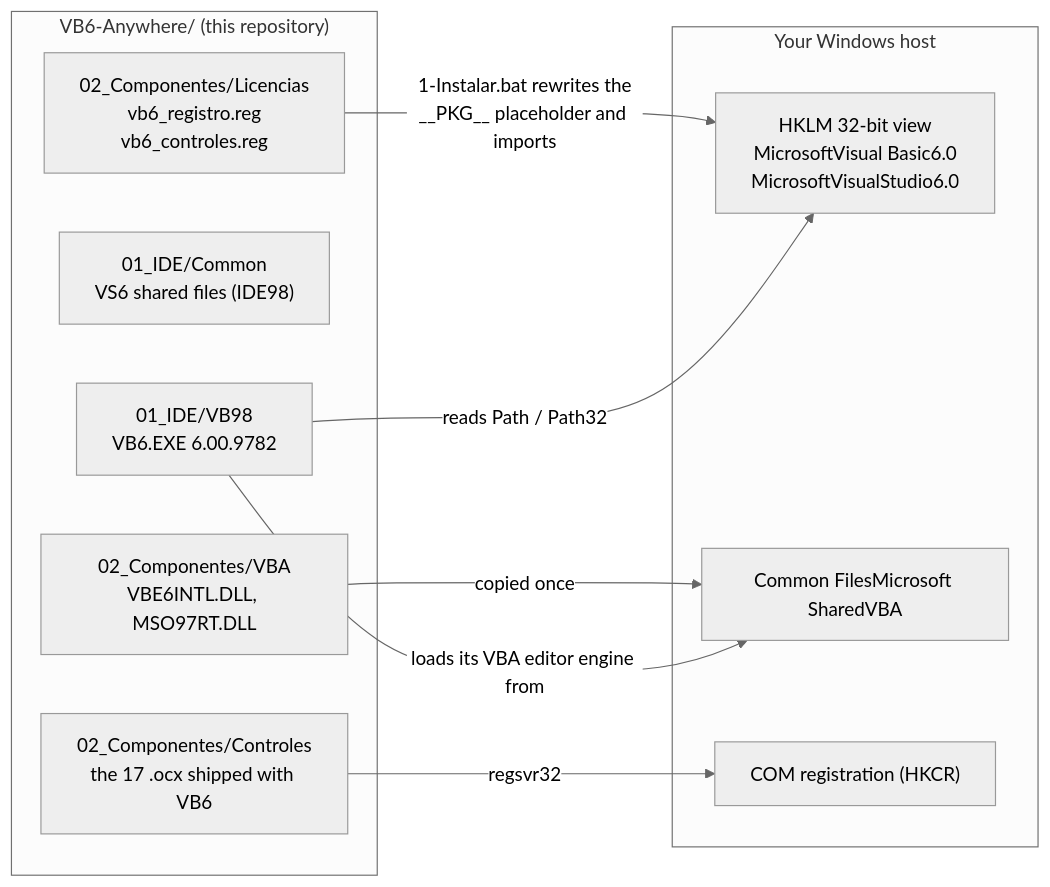
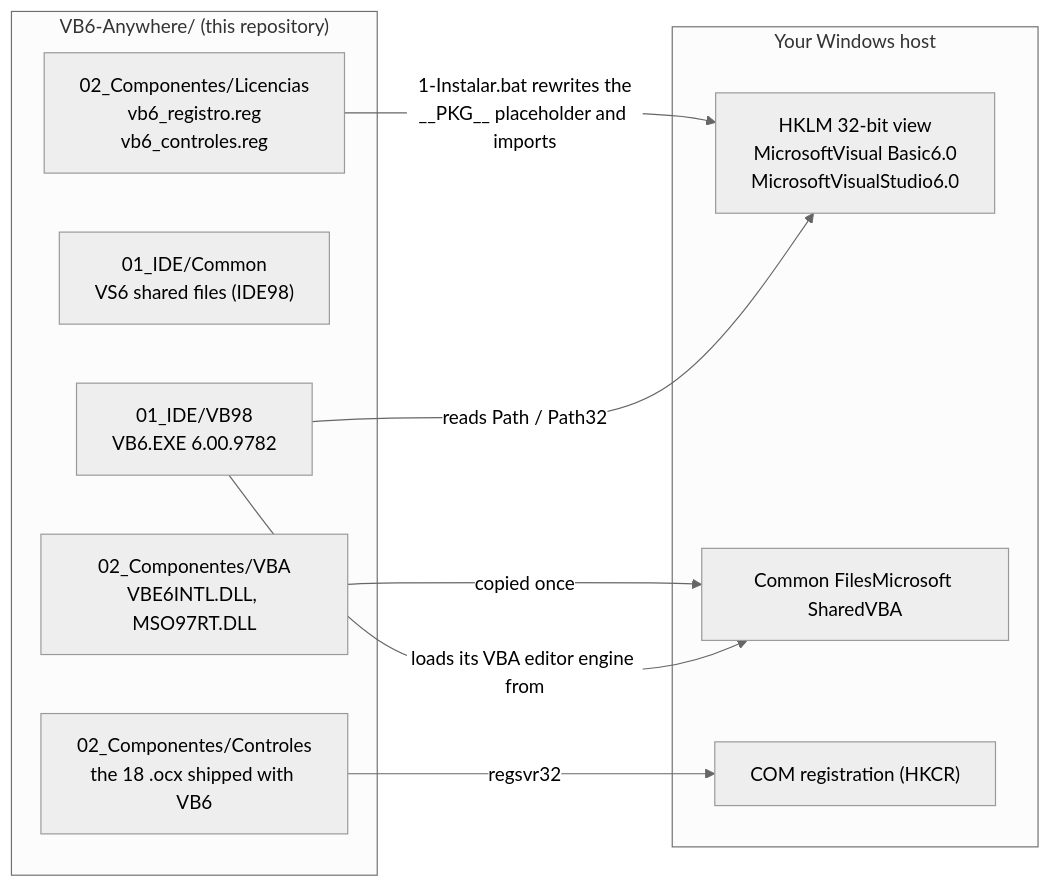
One commit to Samuelsgalva/vb6-anywhere changed the second of 5 diagrams in README.en.md. Above: the diagram before and after it, drawn with Mermaid (neutral theme). The commit also changed other lines of this file and 5 other files, not shown here.

````diff
--- a/README.en.md
+++ b/README.en.md
@@ -106,22 +106,22 @@
 ```mermaid
 flowchart LR
     subgraph PKG["VB6-Anywhere/ (this repository)"]
         IDE["01_IDE/VB98<br/>VB6.EXE 6.00.9782"]
         SHARED["01_IDE/Common<br/>VS6 shared files (IDE98)"]
         VBA["02_Componentes/VBA<br/>VBE6INTL.DLL, MSO97RT.DLL"]
-        OCX["02_Componentes/Controles<br/>the 17 .ocx shipped with VB6"]
+        OCX["02_Componentes/Controles<br/>the 18 .ocx shipped with VB6"]
         REG["02_Componentes/Licencias<br/>vb6_registro.reg<br/>vb6_controles.reg"]
     end
 
     subgraph HOST["Your Windows host"]
         HKLM["HKLM 32-bit view<br/>MicrosoftVisual Basic6.0<br/>MicrosoftVisualStudio6.0"]
         CF["Common FilesMicrosoft SharedVBA"]
         COM["COM registration (HKCR)"]
     end
 
     REG -- "1-Instalar.bat rewrites the<br/>__PKG__ placeholder and imports" --> HKLM
     VBA -- "copied once" --> CF
     OCX -- "regsvr32" --> COM
     IDE -- "reads Path / Path32" --> HKLM
     IDE -- "loads its VBA editor engine from" --> CF
 ```
````
